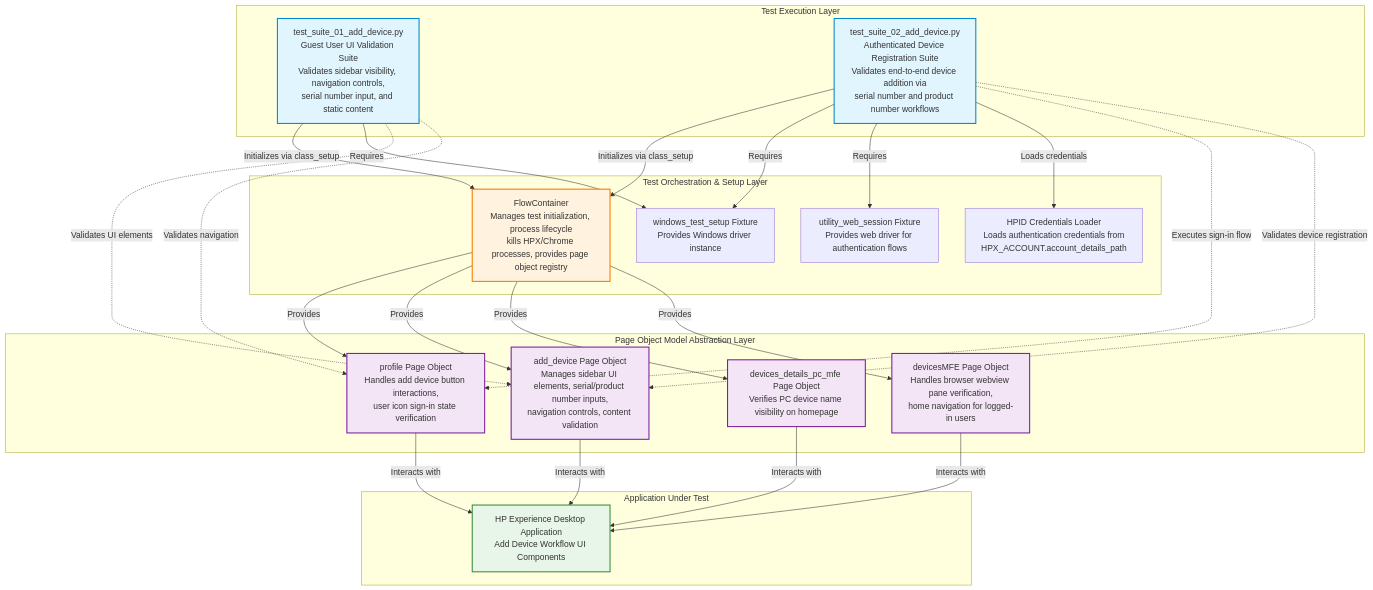
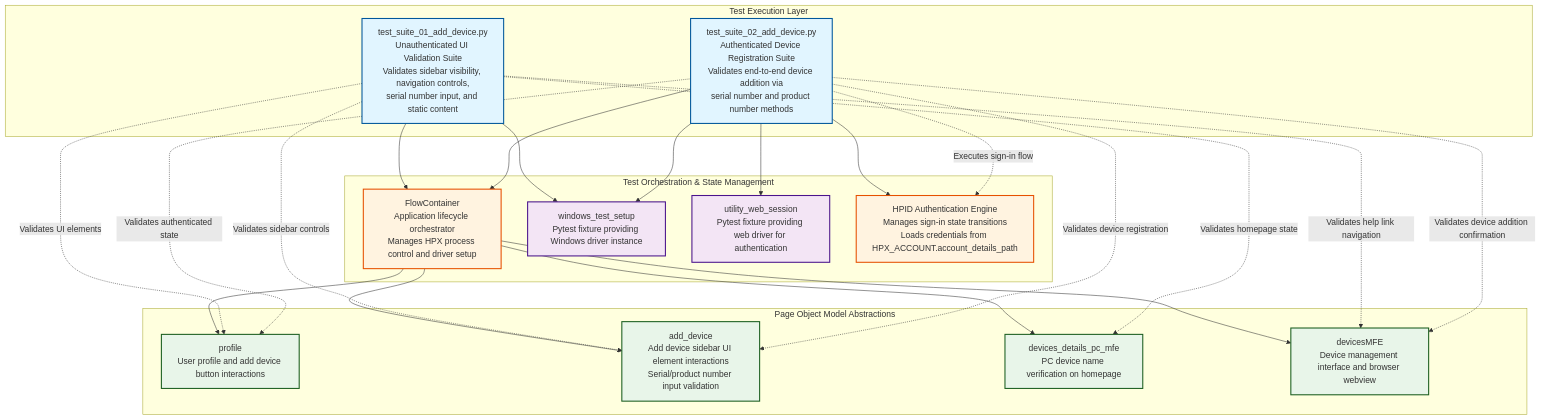
Before and after one commit to karthikeyansubhash/mobileappsrepo: the diagram in Index_by_API/Docs/codebase_master_architecture_part_1.md, drawn with Mermaid. The commit also changed other lines of this file, not shown here.

Commit message:
Master Codebase Architecture Report Part 1

````diff
--- a/Index_by_API/Docs/codebase_master_architecture_part_1.md
+++ b/Index_by_API/Docs/codebase_master_architecture_part_1.md
@@ -36,56 +36,54 @@
 ```mermaid
 graph TB
     subgraph "Test Execution Layer"
-        TS01[test_suite_01_add_device.py<br/>Guest User UI Validation Suite<br/>Validates sidebar visibility, navigation controls,<br/>serial number input, and static content]
-        TS02[test_suite_02_add_device.py<br/>Authenticated Device Registration Suite<br/>Validates end-to-end device addition via<br/>serial number and product number workflows]
+        TS1["test_suite_01_add_device.py<br/>Unauthenticated UI Validation Suite<br/>Validates sidebar visibility, navigation controls,<br/>serial number input, and static content"]
+        TS2["test_suite_02_add_device.py<br/>Authenticated Device Registration Suite<br/>Validates end-to-end device addition via<br/>serial number and product number methods"]
     end
 
-    subgraph "Test Orchestration & Setup Layer"
-        FC[FlowContainer<br/>Manages test initialization, process lifecycle<br/>kills HPX/Chrome processes, provides page object registry]
-        WTS[windows_test_setup Fixture<br/>Provides Windows driver instance]
-        UWS[utility_web_session Fixture<br/>Provides web driver for authentication flows]
-        CRED[HPID Credentials Loader<br/>Loads authentication credentials from<br/>HPX_ACCOUNT.account_details_path]
+    subgraph "Test Orchestration & State Management"
+        FC["FlowContainer<br/>Application lifecycle orchestrator<br/>Manages HPX process control and driver setup"]
+        WTS["windows_test_setup<br/>Pytest fixture providing Windows driver instance"]
+        UWS["utility_web_session<br/>Pytest fixture providing web driver for authentication"]
+        HPID["HPID Authentication Engine<br/>Manages sign-in state transitions<br/>Loads credentials from HPX_ACCOUNT.account_details_path"]
     end
 
-    subgraph "Page Object Model Abstraction Layer"
-        PROFILE[profile Page Object<br/>Handles add device button interactions,<br/>user icon sign-in state verification]
-        ADD_DEV[add_device Page Object<br/>Manages sidebar UI elements, serial/product number inputs,<br/>navigation controls, content validation]
-        DEV_DETAILS[devices_details_pc_mfe Page Object<br/>Verifies PC device name visibility on homepage]
-        DEV_MFE[devicesMFE Page Object<br/>Handles browser webview pane verification,<br/>home navigation for logged-in users]
+    subgraph "Page Object Model Abstractions"
+        PROFILE["profile<br/>User profile and add device button interactions"]
+        ADD_DEV["add_device<br/>Add device sidebar UI element interactions<br/>Serial/product number input validation"]
+        DEV_DETAILS["devices_details_pc_mfe<br/>PC device name verification on homepage"]
+        DEV_MFE["devicesMFE<br/>Device management interface and browser webview"]
     end
 
-    subgraph "Application Under Test"
-        HPX_APP[HP Experience Desktop Application<br/>Add Device Workflow UI Components]
-    end
+    TS1 --> FC
+    TS1 --> WTS
+    TS2 --> FC
+    TS2 --> WTS
+    TS2 --> UWS
+    TS2 --> HPID
 
-    TS01 -->|Initializes via class_setup| FC
-    TS02 -->|Initializes via class_setup| FC
-    TS01 -->|Requires| WTS
-    TS02 -->|Requires| WTS
-    TS02 -->|Requires| UWS
-    TS02 -->|Loads credentials| CRED
+    FC --> PROFILE
+    FC --> ADD_DEV
+    FC --> DEV_DETAILS
+    FC --> DEV_MFE
 
-    FC -->|Provides| PROFILE
-    FC -->|Provides| ADD_DEV
-    FC -->|Provides| DEV_DETAILS
-    FC -->|Provides| DEV_MFE
+    TS1 -.->|Validates UI elements| PROFILE
+    TS1 -.->|Validates sidebar controls| ADD_DEV
+    TS1 -.->|Validates homepage state| DEV_DETAILS
+    TS1 -.->|Validates help link navigation| DEV_MFE
 
-    PROFILE -->|Interacts with| HPX_APP
-    ADD_DEV -->|Interacts with| HPX_APP
-    DEV_DETAILS -->|Interacts with| HPX_APP
-    DEV_MFE -->|Interacts with| HPX_APP
+    TS2 -.->|Executes sign-in flow| HPID
+    TS2 -.->|Validates authenticated state| PROFILE
+    TS2 -.->|Validates device registration| ADD_DEV
+    TS2 -.->|Validates device addition confirmation| DEV_MFE
 
-    TS01 -.->|Validates UI elements| ADD_DEV
-    TS01 -.->|Validates navigation| PROFILE
-    TS02 -.->|Executes sign-in flow| PROFILE
-    TS02 -.->|Validates device registration| ADD_DEV
-
-    style TS01 fill:#e1f5ff,stroke:#0288d1,stroke-width:2px
-    style TS02 fill:#e1f5ff,stroke:#0288d1,stroke-width:2px
-    style FC fill:#fff3e0,stroke:#f57c00,stroke-width:2px
-    style PROFILE fill:#f3e5f5,stroke:#7b1fa2,stroke-width:2px
-    style ADD_DEV fill:#f3e5f5,stroke:#7b1fa2,stroke-width:2px
-    style DEV_DETAILS fill:#f3e5f5,stroke:#7b1fa2,stroke-width:2px
-    style DEV_MFE fill:#f3e5f5,stroke:#7b1fa2,stroke-width:2px
-    style HPX_APP fill:#e8f5e9,stroke:#388e3c,stroke-width:2px
+    style TS1 fill:#e1f5ff,stroke:#01579b,stroke-width:2px
+    style TS2 fill:#e1f5ff,stroke:#01579b,stroke-width:2px
+    style FC fill:#fff3e0,stroke:#e65100,stroke-width:2px
+    style WTS fill:#f3e5f5,stroke:#4a148c,stroke-width:2px
+    style UWS fill:#f3e5f5,stroke:#4a148c,stroke-width:2px
+    style HPID fill:#fff3e0,stroke:#e65100,stroke-width:2px
+    style PROFILE fill:#e8f5e9,stroke:#1b5e20,stroke-width:2px
+    style ADD_DEV fill:#e8f5e9,stroke:#1b5e20,stroke-width:2px
+    style DEV_DETAILS fill:#e8f5e9,stroke:#1b5e20,stroke-width:2px
+    style DEV_MFE fill:#e8f5e9,stroke:#1b5e20,stroke-width:2px
 ```
````
